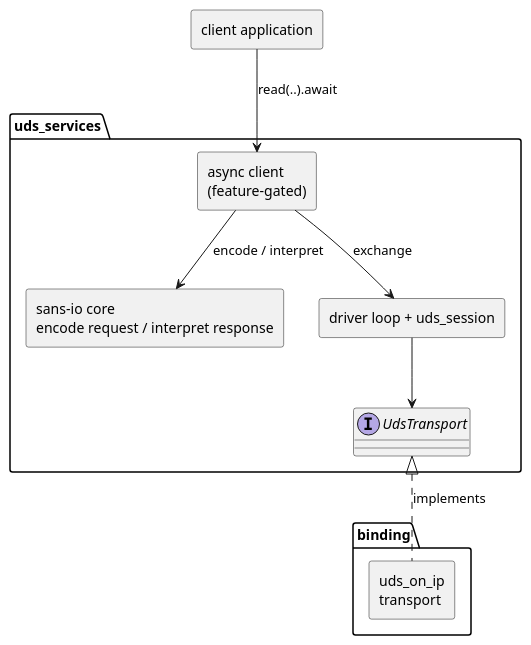
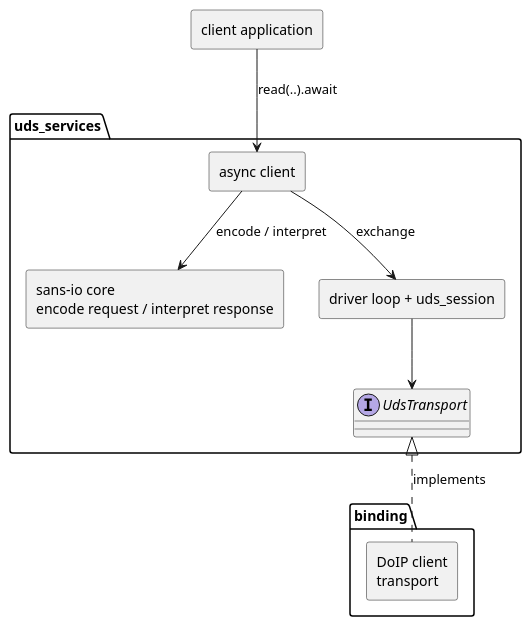
One commit to luminartech/uds_stack changed the second of 2 diagrams in docs/architecture/client-surface.rst. Above: the diagram before and after it, drawn with PlantUML. The commit also changed other lines of this file and 22 other files, not shown here.

First line of the commit message:
feat!: the uds_services client, physical and functional reads end to end (W8) (#51)

```diff
--- a/docs/architecture/client-surface.rst
+++ b/docs/architecture/client-surface.rst
@@ -241,27 +254,27 @@
 .. uml::
    :align: center
    :caption: The two layers. Everything below the dashed line is asynchronous already;
              the core above it is not, and does not need to be.
 
    @startuml
    allowmixing
 
    rectangle "client application" as APP
 
    package "uds_services" {
-     rectangle "async client\n(feature-gated)" as ASYNC
+     rectangle "async client" as ASYNC
      rectangle "sans-io core\nencode request / interpret response" as CORE
      rectangle "driver loop + uds_session" as DRV
      interface "UdsTransport" as TR
    }
 
    package "binding" {
-     rectangle "uds_on_ip\ntransport" as BIND
+     rectangle "DoIP client\ntransport" as BIND
    }
 
    APP -down-> ASYNC : read(..).await
    ASYNC -down-> CORE : encode / interpret
    ASYNC -down-> DRV : exchange
    DRV -down-> TR
    BIND .up.|> TR : implements
    @enduml
```
